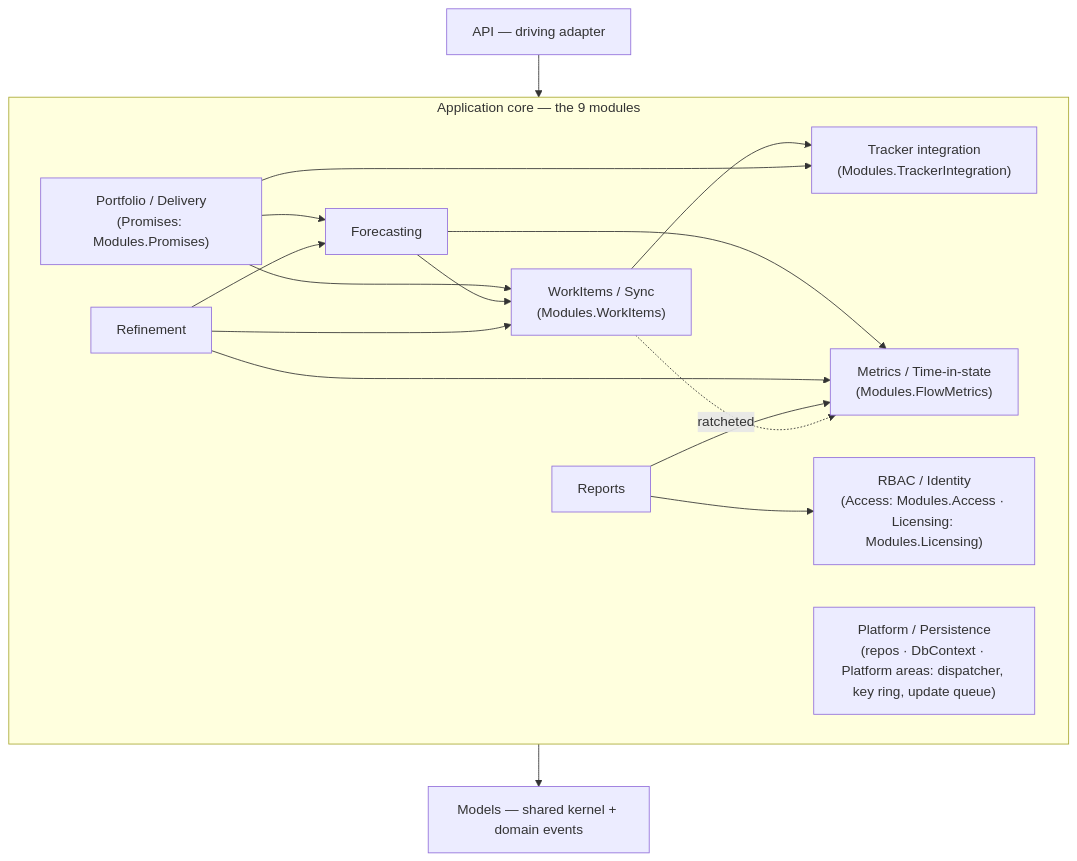
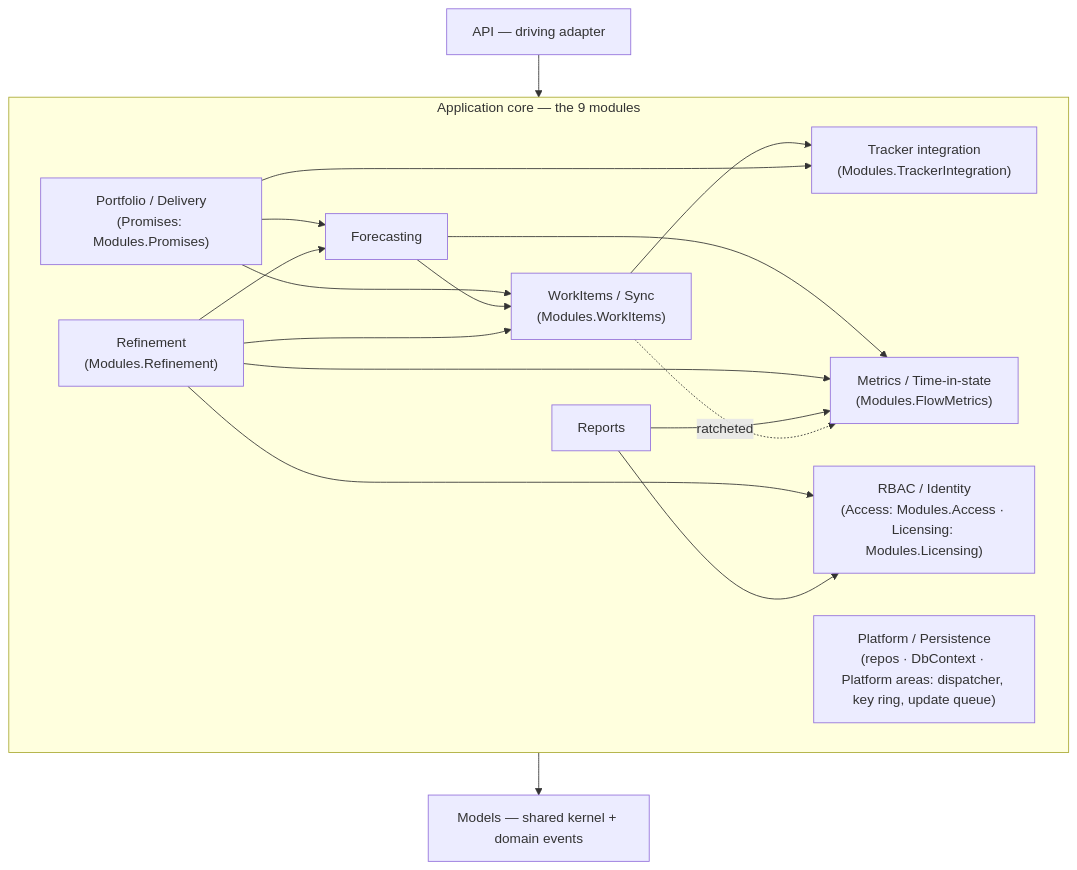
The second of 4 diagrams in ARCHITECTURE.md (LetPeopleWork/Lighthouse), drawn with Mermaid before and after one commit. The commit also changed other lines of this file and 6 other files, not shown here.

````diff
--- a/ARCHITECTURE.md
+++ b/ARCHITECTURE.md
@@ -113,30 +113,31 @@
 ```mermaid
 graph TD
   API["API — driving adapter"]
   subgraph CORE["Application core — the 9 modules"]
     WT["Tracker integration<br/>(Modules.TrackerIntegration)"]
     SYNC["WorkItems / Sync<br/>(Modules.WorkItems)"]
     FC["Forecasting"]
     PD["Portfolio / Delivery<br/>(Promises: Modules.Promises)"]
     MET["Metrics / Time-in-state<br/>(Modules.FlowMetrics)"]
     RBAC["RBAC / Identity<br/>(Access: Modules.Access · Licensing: Modules.Licensing)"]
     PLAT["Platform / Persistence<br/>(repos · DbContext · Platform areas: dispatcher, key ring, update queue)"]
-    REF["Refinement"]
+    REF["Refinement<br/>(Modules.Refinement)"]
     REP["Reports"]
   end
   KERNEL["Models — shared kernel + domain events"]
   API --> CORE
   CORE --> KERNEL
   SYNC --> WT
   PD --> SYNC
   PD --> FC
   PD --> WT
   FC --> SYNC
   FC --> MET
   REF --> SYNC
   REF --> FC
   REF --> MET
+  REF --> RBAC
   REP --> MET
   REP --> RBAC
   SYNC -.->|"ratcheted"| MET
 ```
````
